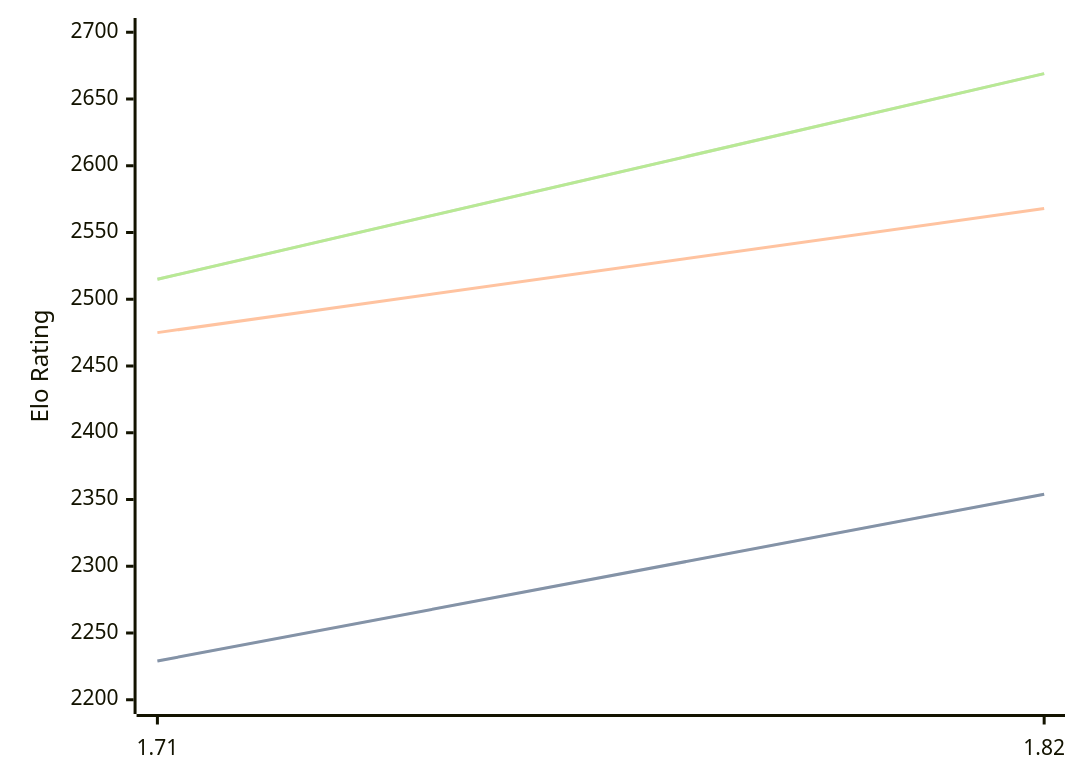
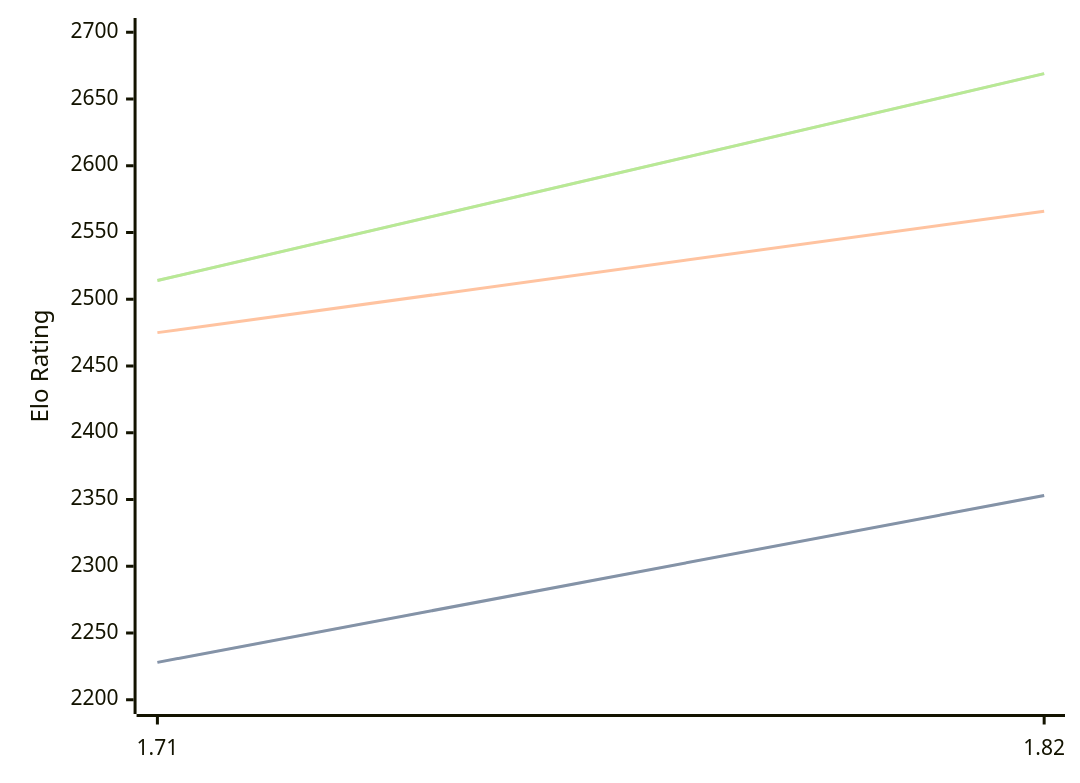
Before and after one commit to computer-chess-index/cci: the diagram in engines/Amira.md, drawn with Mermaid. The commit also changed other lines of this file, not shown here.

Commit message:
Update CCI Ratings (ELO VLTC) - 2026-03-18

````diff
--- a/engines/Amira.md
+++ b/engines/Amira.md
@@ -33,11 +33,11 @@
 ```mermaid
 %%{init: {"theme":"base","themeVariables":{"seriesColors:['#a3a3a3','#222221','#faa371']}}}%%
 xychart-beta
   x-axis ["1.71", "1.82"]
   y-axis "Elo Rating" 2200 --> 2700
-  line "STC (8.0+0.08s)" [2229, 2354]
-  line "STC (8.0+0.08s)" [2229, 2354]
-  line "LTC (60.0+0.60s)" [2475, 2568]
-  line "VLTC (2m24s+1.12s)" [2515, 2669]
-  line "VLTC (2m24s+1.12s)" [2515, 2669]
+  line "STC (8.0+0.08s)" [2228, 2353]
+  line "STC (8.0+0.08s)" [2228, 2353]
+  line "LTC (60.0+0.60s)" [2475, 2566]
+  line "VLTC (2m24s+1.12s)" [2514, 2669]
+  line "VLTC (2m24s+1.12s)" [2514, 2669]
 ```
````
